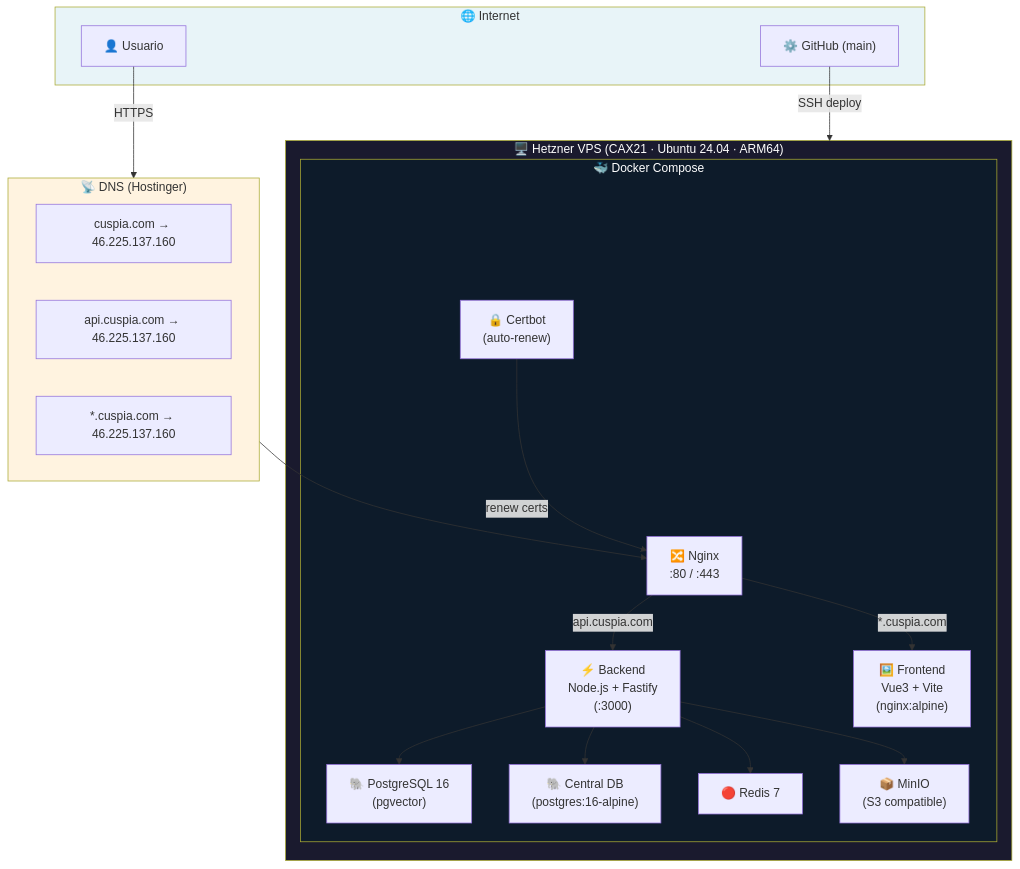
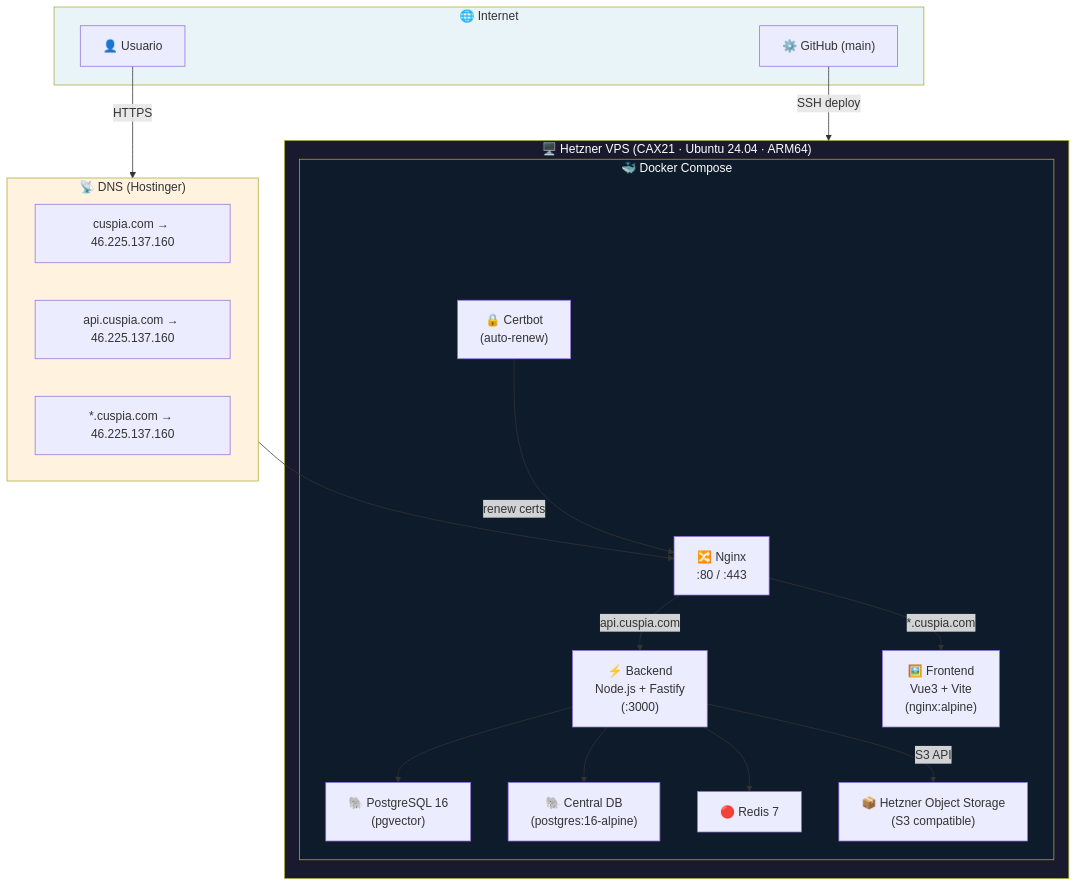
The first of 11 diagrams in backend/docs/DEVOPS.md (diegolagalera/clinica), drawn with Mermaid before and after one commit. The commit also changed other lines of this file and 18 other files, not shown here.

````diff
--- a/backend/docs/DEVOPS.md
+++ b/backend/docs/DEVOPS.md
@@ -9,43 +9,43 @@
 ```mermaid
 graph TB
     subgraph Internet["🌐 Internet"]
         User["👤 Usuario"]
         GH["⚙️ GitHub (main)"]
     end
 
     subgraph DNS["📡 DNS (Hostinger)"]
         direction LR
         D1["cuspia.com → 46.225.137.160"]
         D2["api.cuspia.com → 46.225.137.160"]
         D3["*.cuspia.com → 46.225.137.160"]
     end
 
     subgraph VPS["🖥️ Hetzner VPS (CAX21 · Ubuntu 24.04 · ARM64)"]
         subgraph Docker["🐳 Docker Compose"]
             NGINX["🔀 Nginx\n:80 / :443"]
             FE["🖼️ Frontend\nVue3 + Vite\n(nginx:alpine)"]
             BE["⚡ Backend\nNode.js + Fastify\n(:3000)"]
             PG["🐘 PostgreSQL 16\n(pgvector)"]
             CPG["🐘 Central DB\n(postgres:16-alpine)"]
             RD["🔴 Redis 7"]
-            MN["📦 MinIO\n(S3 compatible)"]
+            HZ["📦 Hetzner Object Storage\n(S3 compatible)"]
             CB["🔒 Certbot\n(auto-renew)"]
         end
     end
 
     User -->|"HTTPS"| DNS
     DNS --> NGINX
     GH -->|"SSH deploy"| VPS
     NGINX -->|"api.cuspia.com"| BE
     NGINX -->|"*.cuspia.com"| FE
     BE --> PG
     BE --> CPG
     BE --> RD
-    BE --> MN
+    BE -->|"S3 API"| HZ
     CB -->|"renew certs"| NGINX
 
     style VPS fill:#1a1a2e,color:#fff
     style Docker fill:#0d1b2a,color:#fff
     style Internet fill:#e8f4f8
     style DNS fill:#fff3e0
 ```
````
